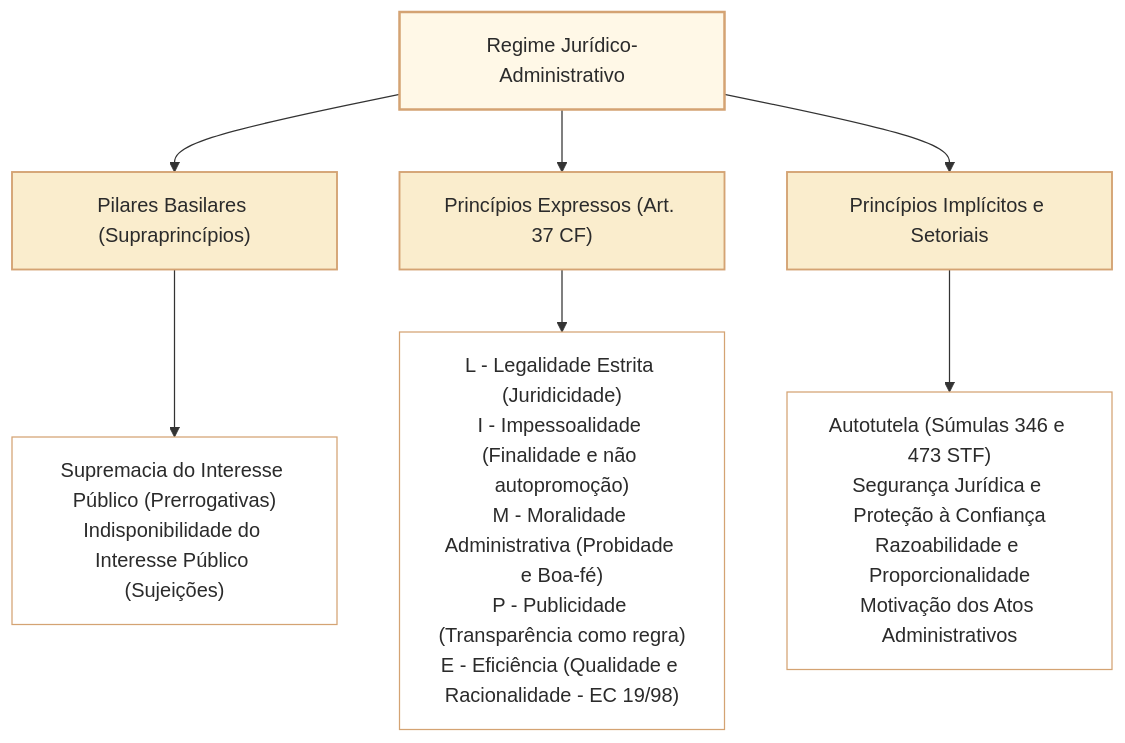
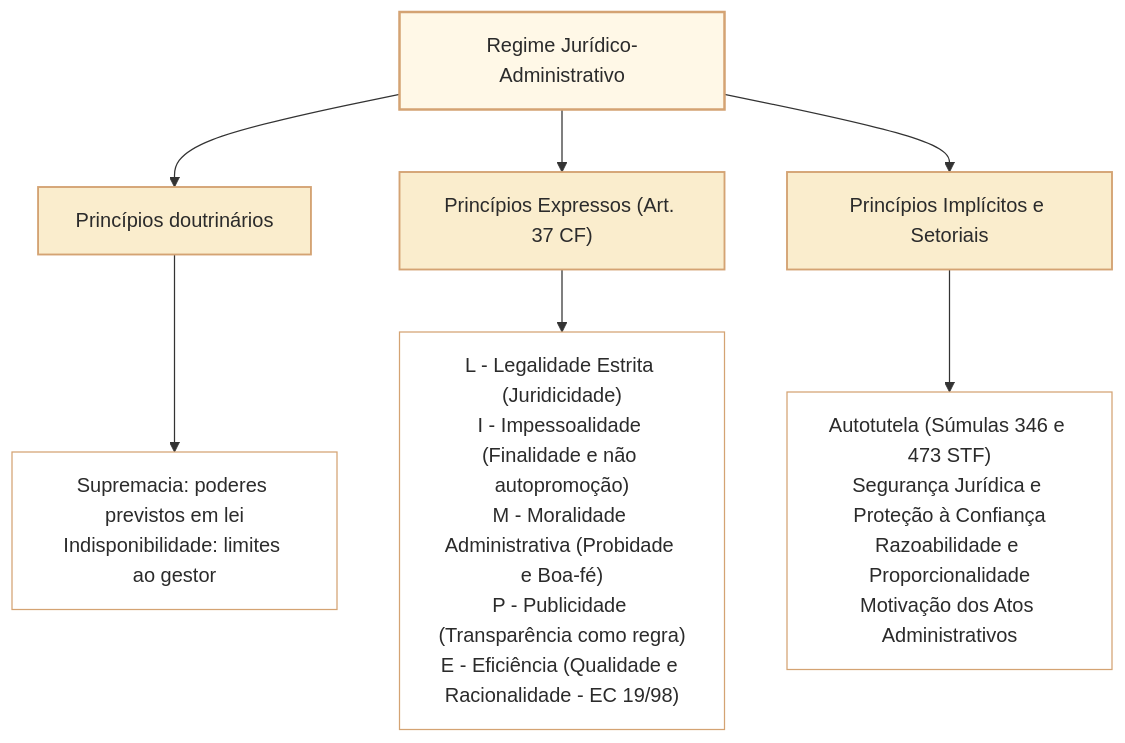
One commit to leorruas/concursos changed the diagram in 3 - Materias/Direito Administrativo/01 - principios e lei de acesso a informacao.md. Above: the diagram before and after it, drawn with Mermaid. The commit also changed other lines of this file, not shown here.

Commit message:
docs(dad): revisar principios, limites da autotutela e itens C/E

````diff
--- a/3 - Materias/Direito Administrativo/01 - principios e lei de acesso a informacao.md
+++ b/3 - Materias/Direito Administrativo/01 - principios e lei de acesso a informacao.md
@@ -31,14 +31,14 @@
 ```mermaid
 graph TD
     classDef raiz fill:#fff8e7,stroke:#d4a373,stroke-width:2px,color:#2b2b2b;
     classDef criterio fill:#faedcd,stroke:#d4a373,stroke-width:1.5px,color:#2b2b2b;
     classDef opcao fill:#ffffff,stroke:#d4a373,stroke-width:1px,color:#2b2b2b;
 
-    R["Regime Jurídico-Administrativo"]:::raiz --> C1["Pilares Basilares (Supraprincípios)"]:::criterio
+    R["Regime Jurídico-Administrativo"]:::raiz --> C1["Princípios doutrinários"]:::criterio
     R --> C2["Princípios Expressos (Art. 37 CF)"]:::criterio
     R --> C3["Princípios Implícitos e Setoriais"]:::criterio
 
-    C1 --> O1["Supremacia do Interesse Público (Prerrogativas)<br/>Indisponibilidade do Interesse Público (Sujeições)"]:::opcao
+    C1 --> O1["Supremacia: poderes previstos em lei<br/>Indisponibilidade: limites ao gestor"]:::opcao
     C2 --> O2["L - Legalidade Estrita (Juridicidade)<br/>I - Impessoalidade (Finalidade e não autopromoção)<br/>M - Moralidade Administrativa (Probidade e Boa-fé)<br/>P - Publicidade (Transparência como regra)<br/>E - Eficiência (Qualidade e Racionalidade - EC 19/98)"]:::opcao
     C3 --> O3["Autotutela (Súmulas 346 e 473 STF)<br/>Segurança Jurídica e Proteção à Confiança<br/>Razoabilidade e Proporcionalidade<br/>Motivação dos Atos Administrativos"]:::opcao
 ```
````
